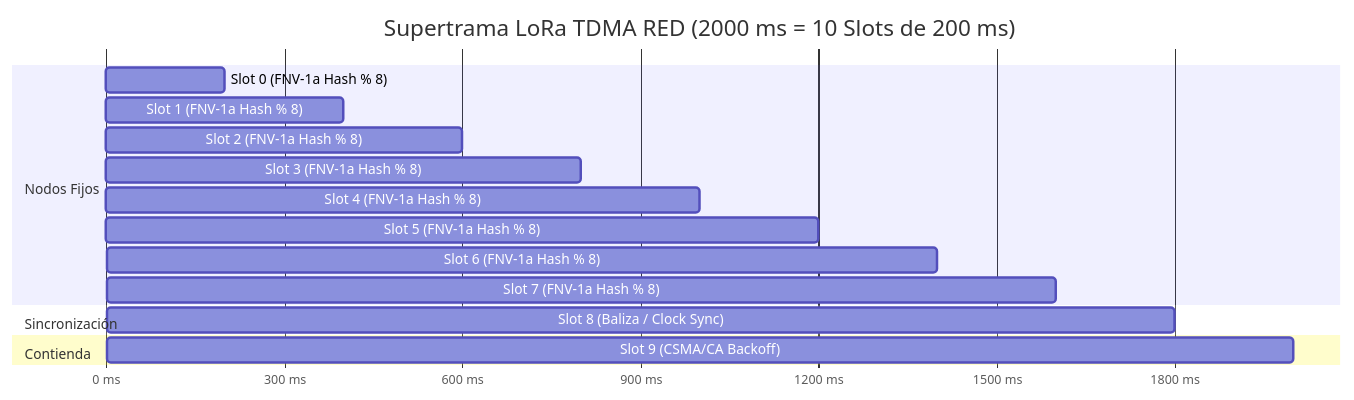
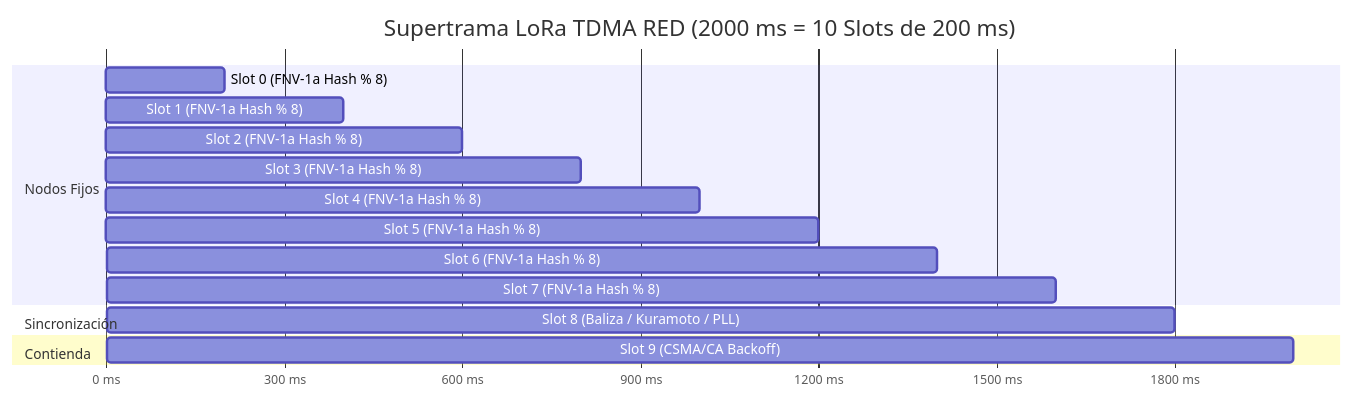
The seventh of 9 diagrams in ARCHITECTURE.md (DarckRovert/RED), drawn with Mermaid before and after one commit. The commit also changed other lines of this file and 15 other files, not shown here.

````diff
--- a/ARCHITECTURE.md
+++ b/ARCHITECTURE.md
@@ -302,22 +321,22 @@
 ```mermaid
 gantt
     title Supertrama LoRa TDMA RED (2000 ms = 10 Slots de 200 ms)
     dateFormat X
     axisFormat %s ms
 
     section Nodos Fijos
     Slot 0 (FNV-1a Hash % 8)     :0, 200
     Slot 1 (FNV-1a Hash % 8)     :200, 400
     Slot 2 (FNV-1a Hash % 8)     :400, 600
     Slot 3 (FNV-1a Hash % 8)     :600, 800
     Slot 4 (FNV-1a Hash % 8)     :800, 1000
     Slot 5 (FNV-1a Hash % 8)     :1000, 1200
     Slot 6 (FNV-1a Hash % 8)     :1200, 1400
     Slot 7 (FNV-1a Hash % 8)     :1400, 1600
 
     section Sincronización
-    Slot 8 (Baliza / Clock Sync) :1600, 1800
+    Slot 8 (Baliza / Kuramoto / PLL) :1600, 1800
 
     section Contienda
     Slot 9 (CSMA/CA Backoff)    :1800, 2000
 ```
````
